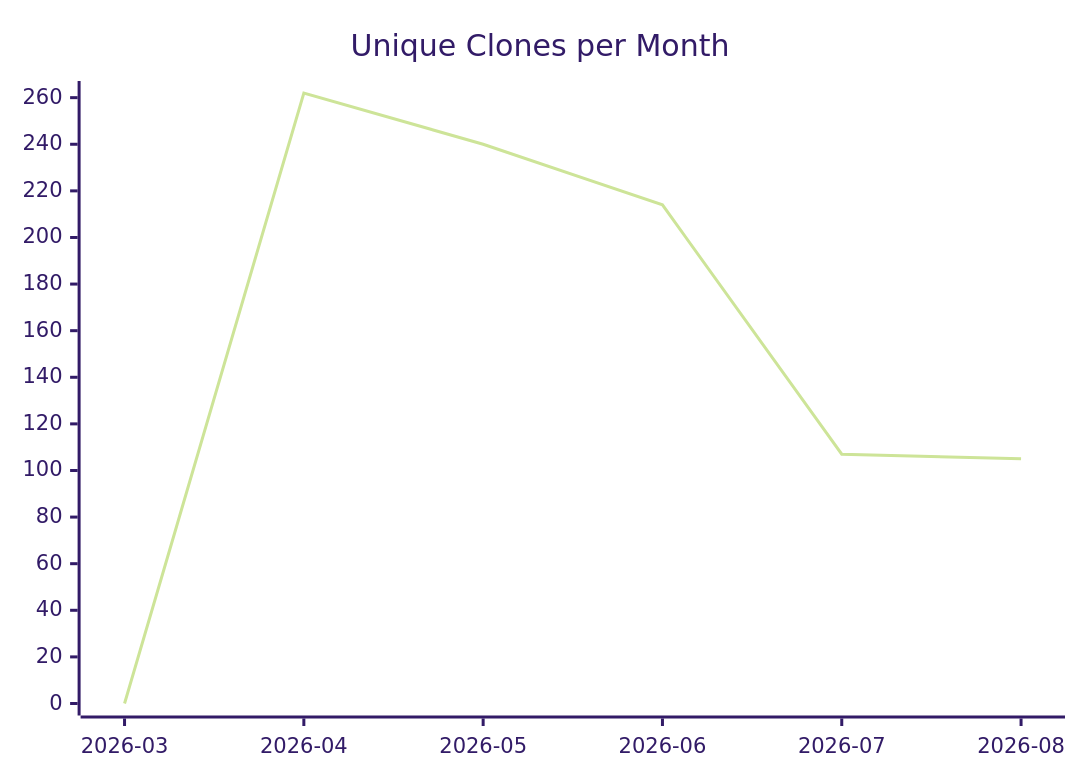
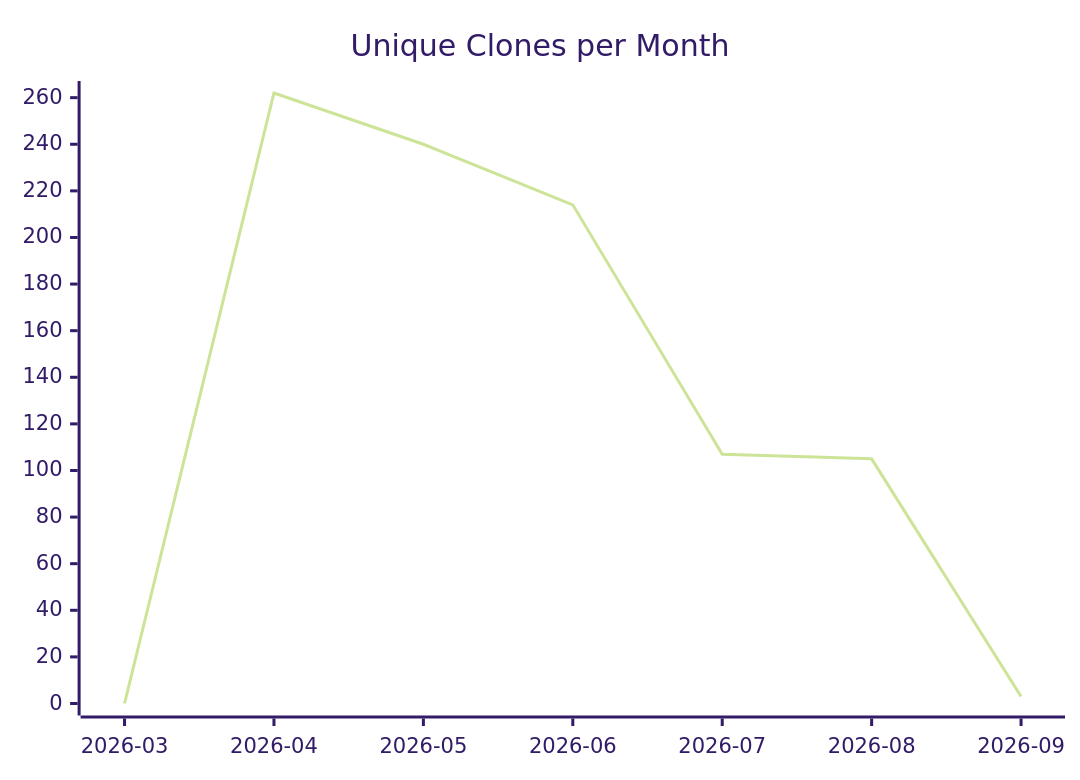
The third of 3 diagrams in justdavis-family/github-analytics-data/README.md (justdavis-family/github-analytics-data), drawn with Mermaid (forest theme) before and after one commit. The commit also changed other lines of this file and 191 other files, not shown here.

````diff
--- a/justdavis-family/github-analytics-data/README.md
+++ b/justdavis-family/github-analytics-data/README.md
@@ -19,6 +19,6 @@
 ```mermaid
 xychart-beta
   title "Unique Clones per Month"
-  x-axis ["2026-03", "2026-04", "2026-05", "2026-06", "2026-07", "2026-08"]
-  line [0, 262, 240, 214, 107, 105]
+  x-axis ["2026-03", "2026-04", "2026-05", "2026-06", "2026-07", "2026-08", "2026-09"]
+  line [0, 262, 240, 214, 107, 105, 3]
 ```
````
